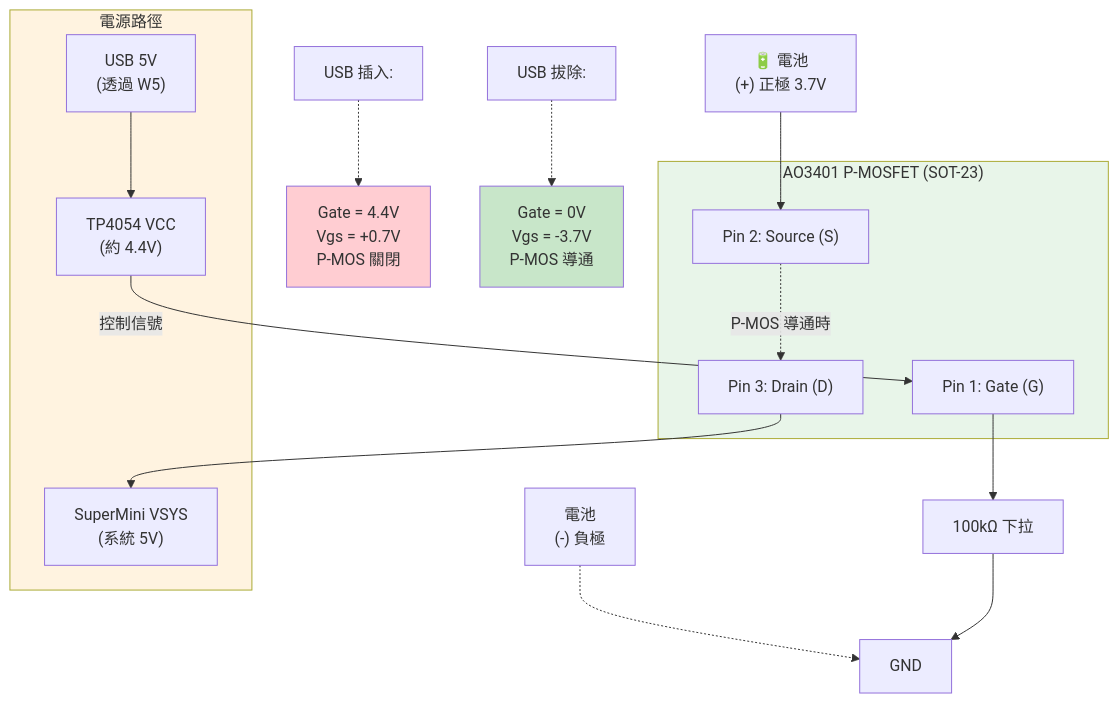
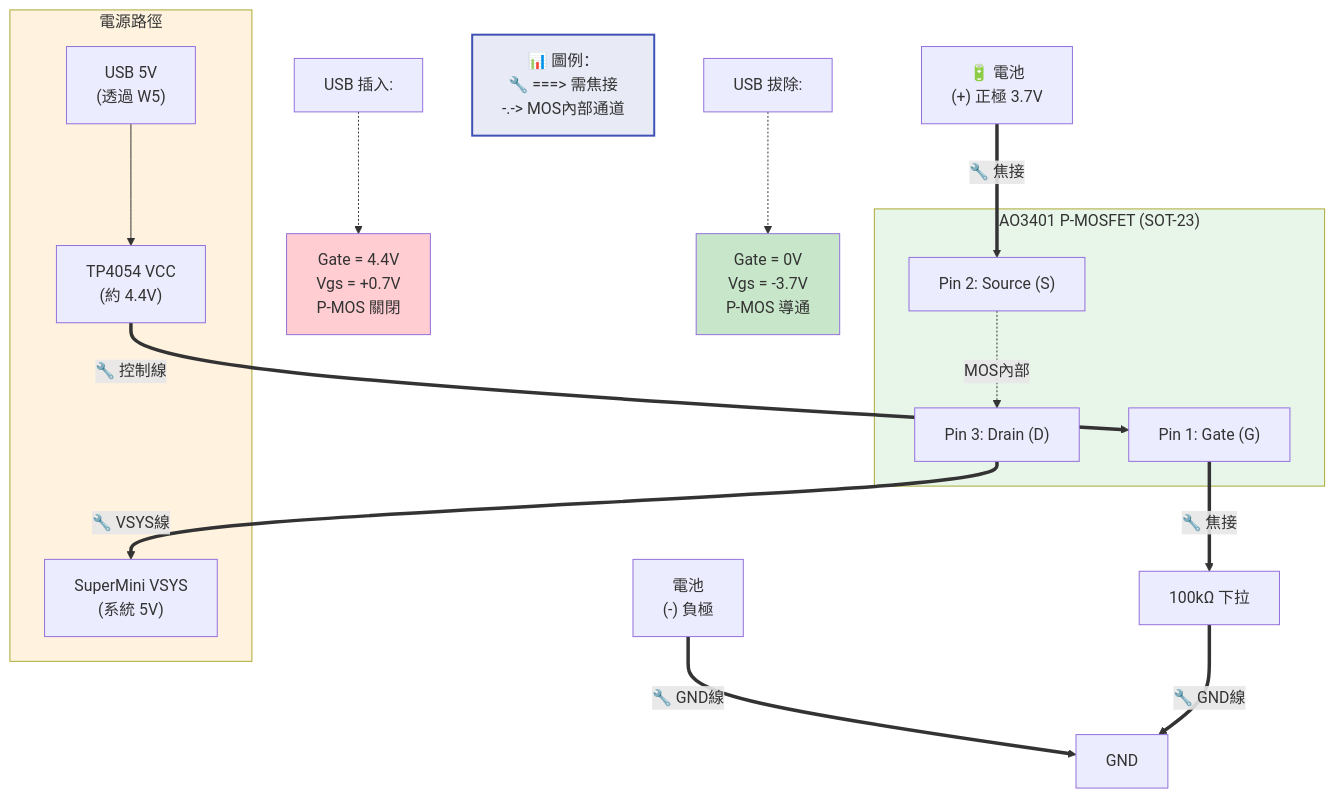
One commit to DanielYJHsieh/esp32c3 changed the fourth of 6 diagrams in battery_management/hardware/WIRING_DIAGRAM.md. Above: the diagram before and after it, drawn with Mermaid. The commit also changed other lines of this file and 1 other file, not shown here.

Commit message:
電路圖新增線條圖例：🔧 粗線表示需焊接的實體線，虛線表示IC內部連接

````diff
--- a/battery_management/hardware/WIRING_DIAGRAM.md
+++ b/battery_management/hardware/WIRING_DIAGRAM.md
@@ -326,32 +329,35 @@
 ```mermaid
 graph TB
     subgraph POWER_PATH["電源路徑"]
         USB5V["USB 5V<br/>(透過 W5)"] 
         TP4054_VCC["TP4054 VCC<br/>(約 4.4V)"]
         VSYS["SuperMini VSYS<br/>(系統 5V)"]
     end
     
     subgraph AO3401["AO3401 P-MOSFET (SOT-23)"]
         GATE["Pin 1: Gate (G)"]
         SOURCE["Pin 2: Source (S)"]
         DRAIN["Pin 3: Drain (D)"]
     end
     
-    BAT_P["🔋 電池<br/>(+) 正極 3.7V"] --> SOURCE
-    BAT_N["電池<br/>(-) 負極"] -.-> GND2
-    SOURCE -.->|P-MOS 導通時| DRAIN
-    DRAIN --> VSYS
+    BAT_P["🔋 電池<br/>(+) 正極 3.7V"] ==>|"🔧 焦接"| SOURCE
+    BAT_N["電池<br/>(-) 負極"] ==>|"🔧 GND線"| GND2
+    SOURCE -.->|MOS內部| DRAIN
+    DRAIN ==>|"🔧 VSYS線"| VSYS
     
     USB5V --> TP4054_VCC
-    TP4054_VCC -->|控制信號| GATE
-    GATE --> R_GATE["100kΩ 下拉"]
-    R_GATE --> GND2["GND"]
+    TP4054_VCC ==>|"🔧 控制線"| GATE
+    GATE ==>|"🔧 焦接"| R_GATE["100kΩ 下拉"]
+    R_GATE ==>|"🔧 GND線"| GND2["GND"]
     
     USB_ON["USB 插入:"] -.-> STATE1["Gate = 4.4V<br/>Vgs = +0.7V<br/>P-MOS 關閉"]
     USB_OFF["USB 拔除:"] -.-> STATE2["Gate = 0V<br/>Vgs = -3.7V<br/>P-MOS 導通"]
     
+    LEGEND["📊 圖例：<br/>🔧 ===> 需焦接<br/>-.-> MOS內部通道"]:::legendStyle
+    
+    classDef legendStyle fill:#e8eaf6,stroke:#3f51b5,stroke-width:2px
     style AO3401 fill:#e8f5e9
     style POWER_PATH fill:#fff3e0
     style STATE1 fill:#ffcdd2
     style STATE2 fill:#c8e6c9
 ```
````
